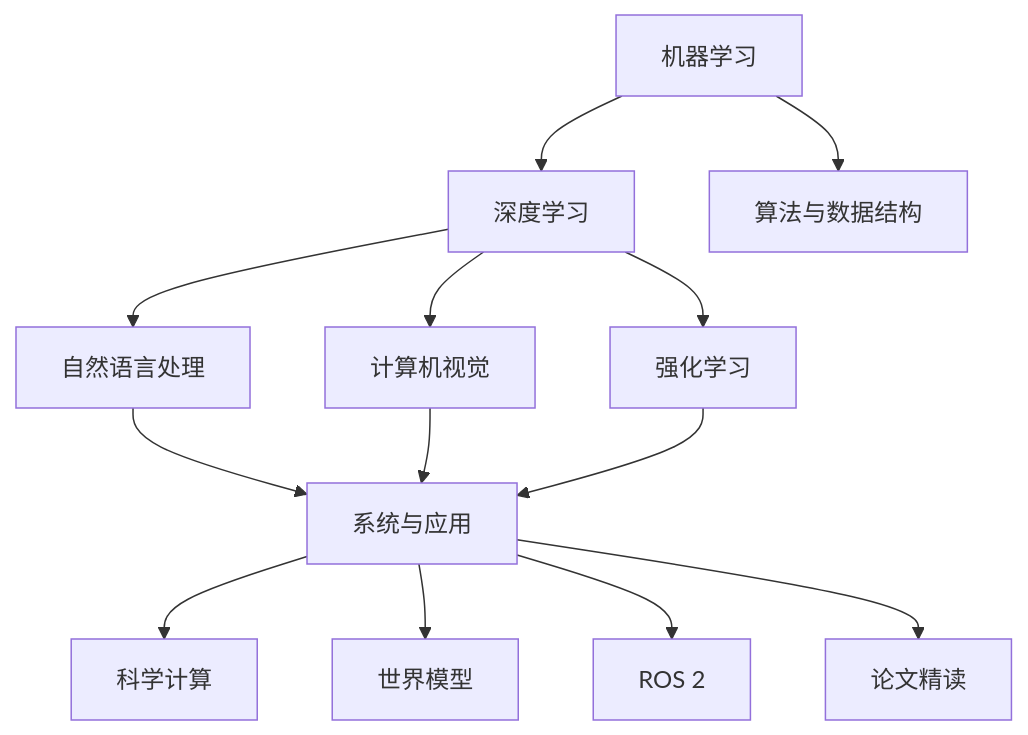
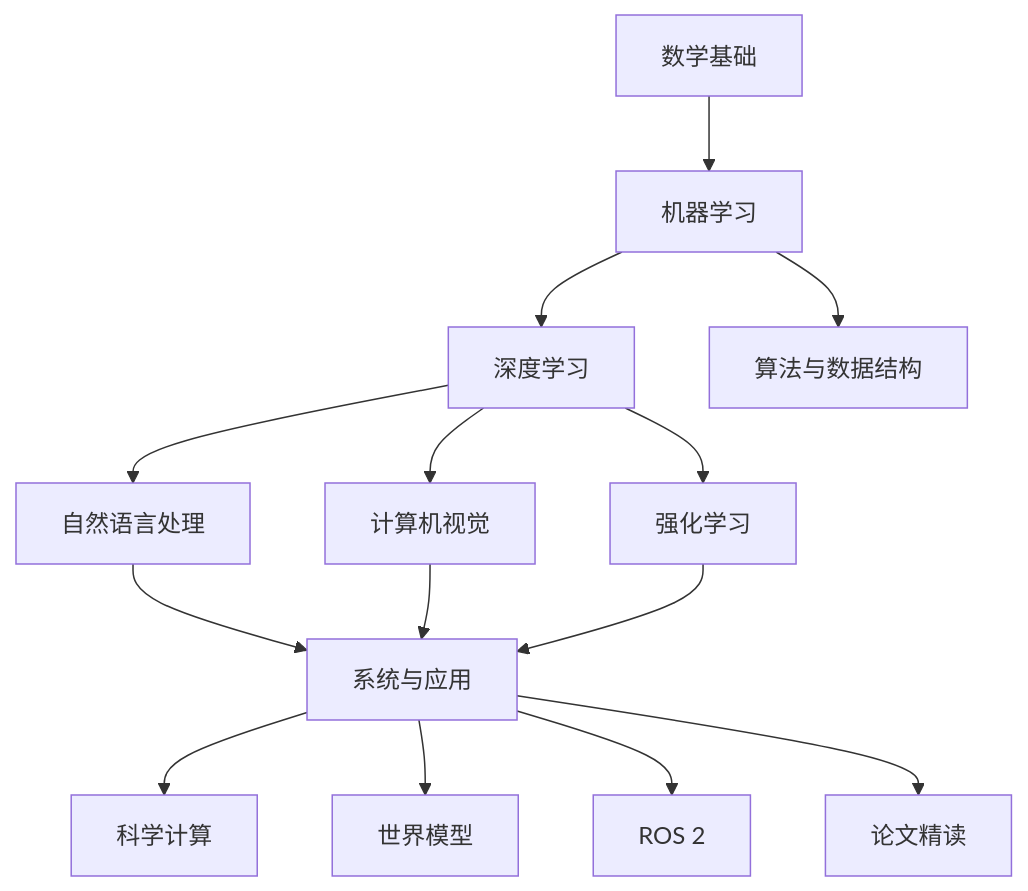
The diagram in docs/index.md (DeconBear/notebook), drawn with Mermaid before and after one commit. The commit also changed other lines of this file and 45 other files, not shown here.

````diff
--- a/docs/index.md
+++ b/docs/index.md
@@ -41,15 +41,16 @@
 ```mermaid
 flowchart TB
-    ml["机器学习"] --> dl["深度学习"]
+    math["数学基础"] --> ml["机器学习"]
+    ml --> dl["深度学习"]
     dl --> cv["计算机视觉"]
     dl --> nlp["自然语言处理"]
     dl --> rl["强化学习"]
     nlp --> sys["系统与应用"]
     cv --> sys
     rl --> sys
     sys --> sci["科学计算"]
     sys --> wm["世界模型"]
     sys --> ros2["ROS 2"]
     ml --> algo["算法与数据结构"]
     sys --> papers["论文精读"]
 ```
````
